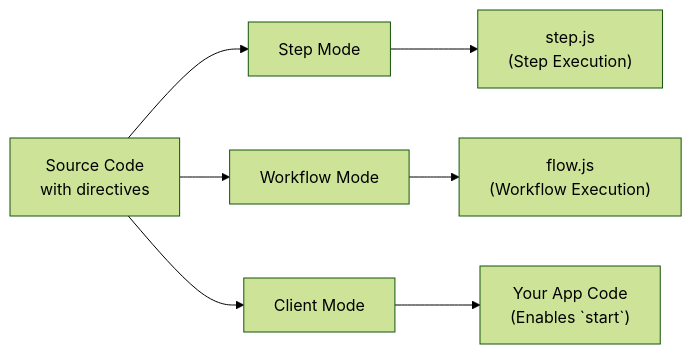
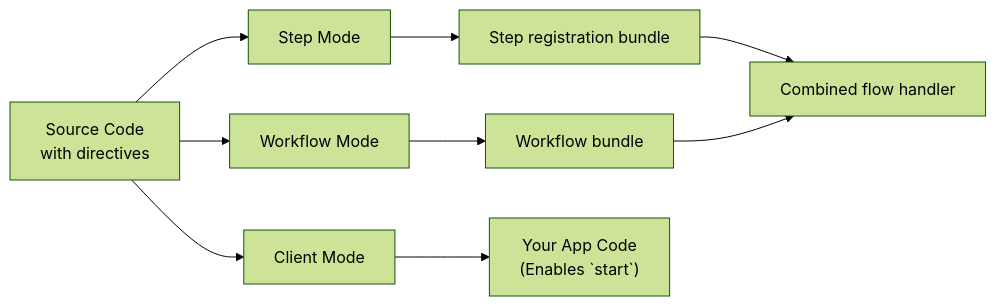
Before and after one commit to vercel/workflow: the diagram in docs/content/docs/v5/how-it-works/code-transform.mdx, drawn with Mermaid (forest theme). The commit also changed other lines of this file and 85 other files, not shown here.

````diff
--- a/docs/content/docs/v5/how-it-works/code-transform.mdx
+++ b/docs/content/docs/v5/how-it-works/code-transform.mdx
@@ -51,9 +51,11 @@
 ```mermaid
 flowchart LR
     A["Source Code<br/>with directives"] --> B["Step Mode"]
     A --> C["Workflow Mode"]
     A --> D["Client Mode"]
-    B --> E["step.js<br/>(Step Execution)"]
-    C --> F["flow.js<br/>(Workflow Execution)"]
+    B --> E["Step registration bundle"]
+    C --> F["Workflow bundle"]
+    E --> H["Combined flow handler"]
+    F --> H
     D --> G["Your App Code<br/>(Enables `start`)"]
 ```
````
